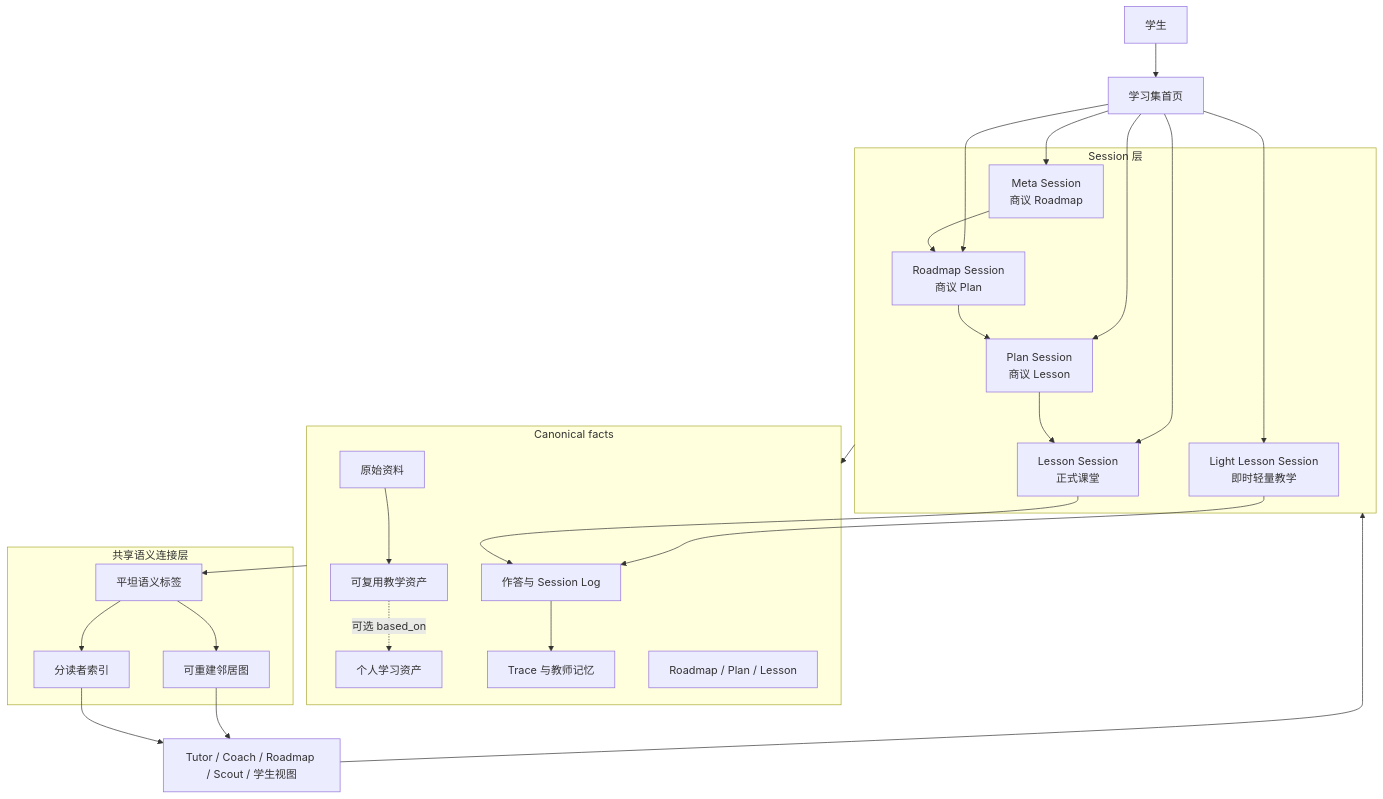
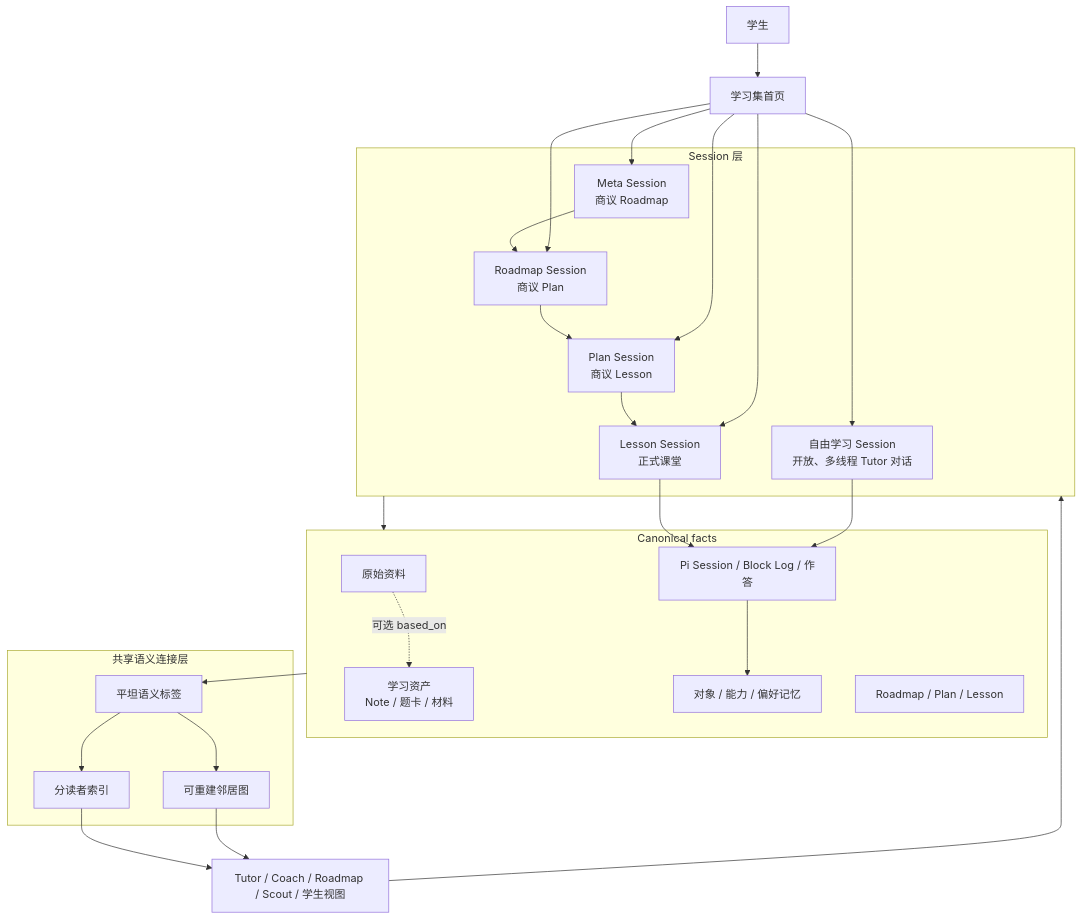
Before and after one commit to SunOfTheEast/highschool-study-claude-code: the second of 2 diagrams in docs/superpowers/specs/2026-08-08-studyforge-m1b-north-star-architecture-design.md, drawn with Mermaid. The commit also changed other lines of this file and 1 other file, not shown here.

Commit message:
docs: simplify free-learning memory flow

````diff
--- a/docs/superpowers/specs/2026-08-08-studyforge-m1b-north-star-architecture-design.md
+++ b/docs/superpowers/specs/2026-08-08-studyforge-m1b-north-star-architecture-design.md
@@ -308,49 +309,47 @@
 ```mermaid
 flowchart TB
     U["学生"] --> HOME["学习集首页"]
 
     subgraph SESSIONS["Session 层"]
       META["Meta Session\n商议 Roadmap"]
       ROAD["Roadmap Session\n商议 Plan"]
       PLAN["Plan Session\n商议 Lesson"]
       LESSON["Lesson Session\n正式课堂"]
-      LIGHT["Light Lesson Session\n即时轻量教学"]
+      LIGHT["自由学习 Session\n开放、多线程 Tutor 对话"]
       META --> ROAD --> PLAN --> LESSON
     end
 
     HOME --> META
     HOME --> ROAD
     HOME --> LIGHT
     HOME --> PLAN
     HOME --> LESSON
 
     subgraph FACTS["Canonical facts"]
       SRC["原始资料"]
-      TA["可复用教学资产"]
-      PA["个人学习资产"]
-      ACT["作答与 Session Log"]
-      MEM["Trace 与教师记忆"]
+      ASSET["学习资产\nNote / 题卡 / 材料"]
+      ACT["Pi Session / Block Log / 作答"]
+      MEM["对象 / 能力 / 偏好记忆"]
       CUR["Roadmap / Plan / Lesson"]
     end
 
     SESSIONS --> FACTS
-    SRC --> TA
-    TA -. "可选 based_on" .-> PA
+    SRC -. "可选 based_on" .-> ASSET
     ACT --> MEM
     LESSON --> ACT
     LIGHT --> ACT
 
     subgraph SEMANTIC["共享语义连接层"]
       TAG["平坦语义标签"]
       IDX["分读者索引"]
       GRAPH["可重建邻居图"]
     end
 
     FACTS --> TAG
     TAG --> IDX
     TAG --> GRAPH
 
     IDX --> READER["Tutor / Coach / Roadmap / Scout / 学生视图"]
     GRAPH --> READER
     READER --> SESSIONS
 ```
````
